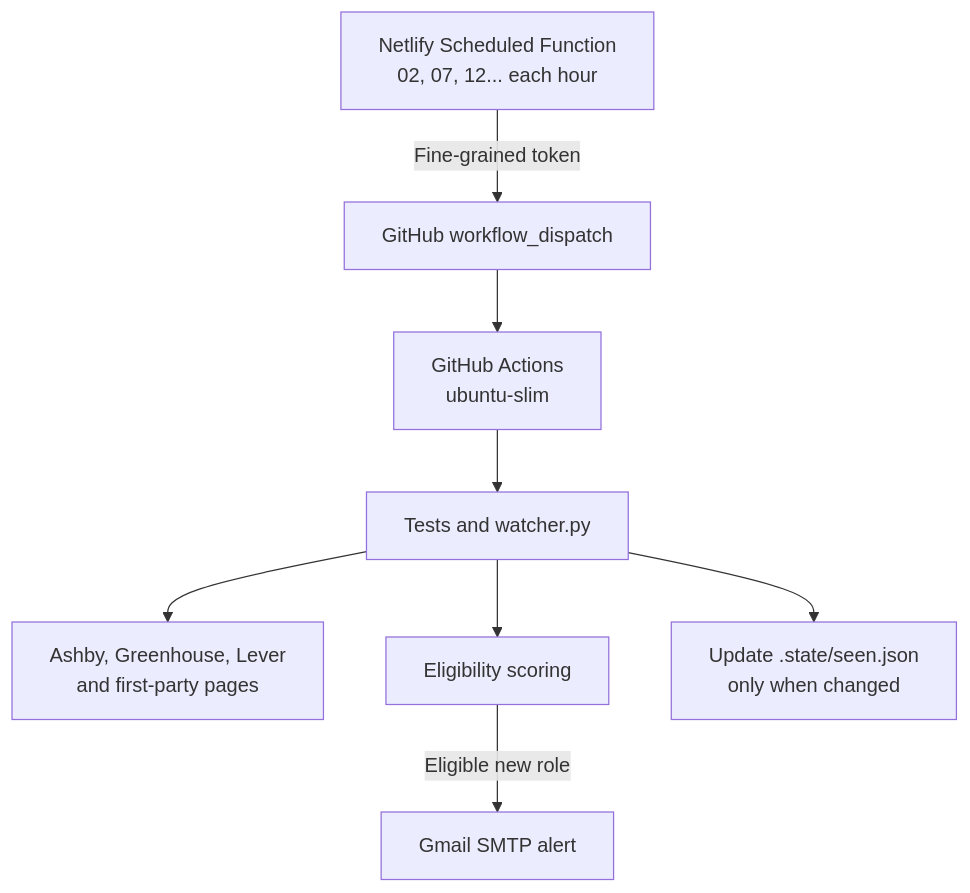
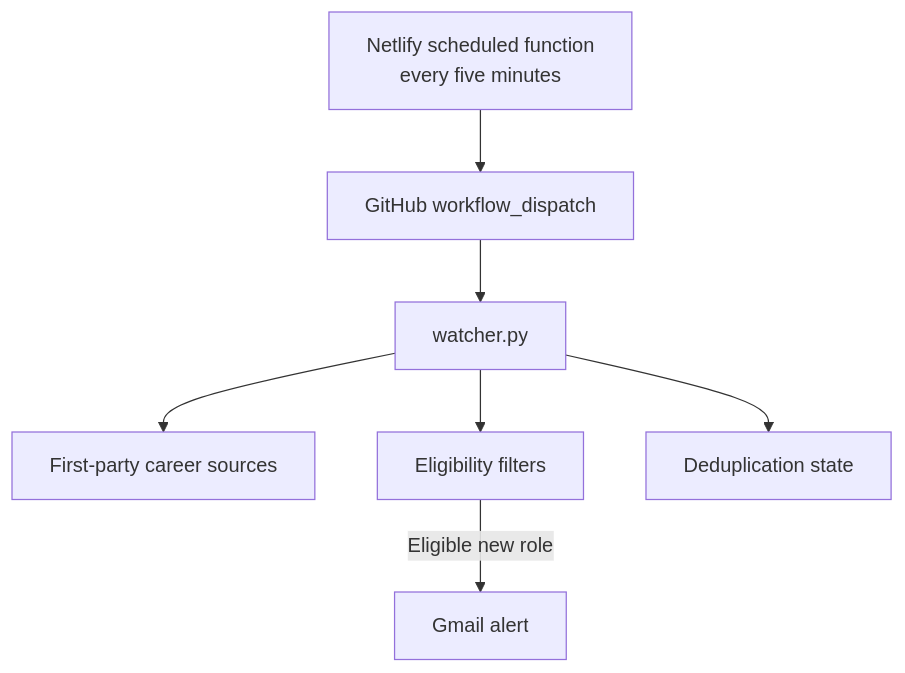
Before and after one commit to arunimshukla/ai-security-job-alert-agent: the diagram in README.md, drawn with Mermaid. The commit also changed other lines of this file and 4 other files, not shown here.

````diff
--- a/README.md
+++ b/README.md
@@ -21,10 +50,9 @@
 ```mermaid
 flowchart TD
-    A["Netlify Scheduled Function<br/>02, 07, 12... each hour"] -->|"Fine-grained token"| B["GitHub workflow_dispatch"]
-    B --> C["GitHub Actions<br/>ubuntu-slim"]
-    C --> D["Tests and watcher.py"]
-    D --> E["Ashby, Greenhouse, Lever<br/>and first-party pages"]
-    D --> F["Eligibility scoring"]
-    F -->|"Eligible new role"| G["Gmail SMTP alert"]
-    D --> H["Update .state/seen.json<br/>only when changed"]
+    A["Netlify scheduled function<br/>every five minutes"] --> B["GitHub workflow_dispatch"]
+    B --> C["watcher.py"]
+    C --> D["First-party career sources"]
+    C --> E["Eligibility filters"]
+    E -->|"Eligible new role"| F["Gmail alert"]
+    C --> G["Deduplication state"]
 ```
````
